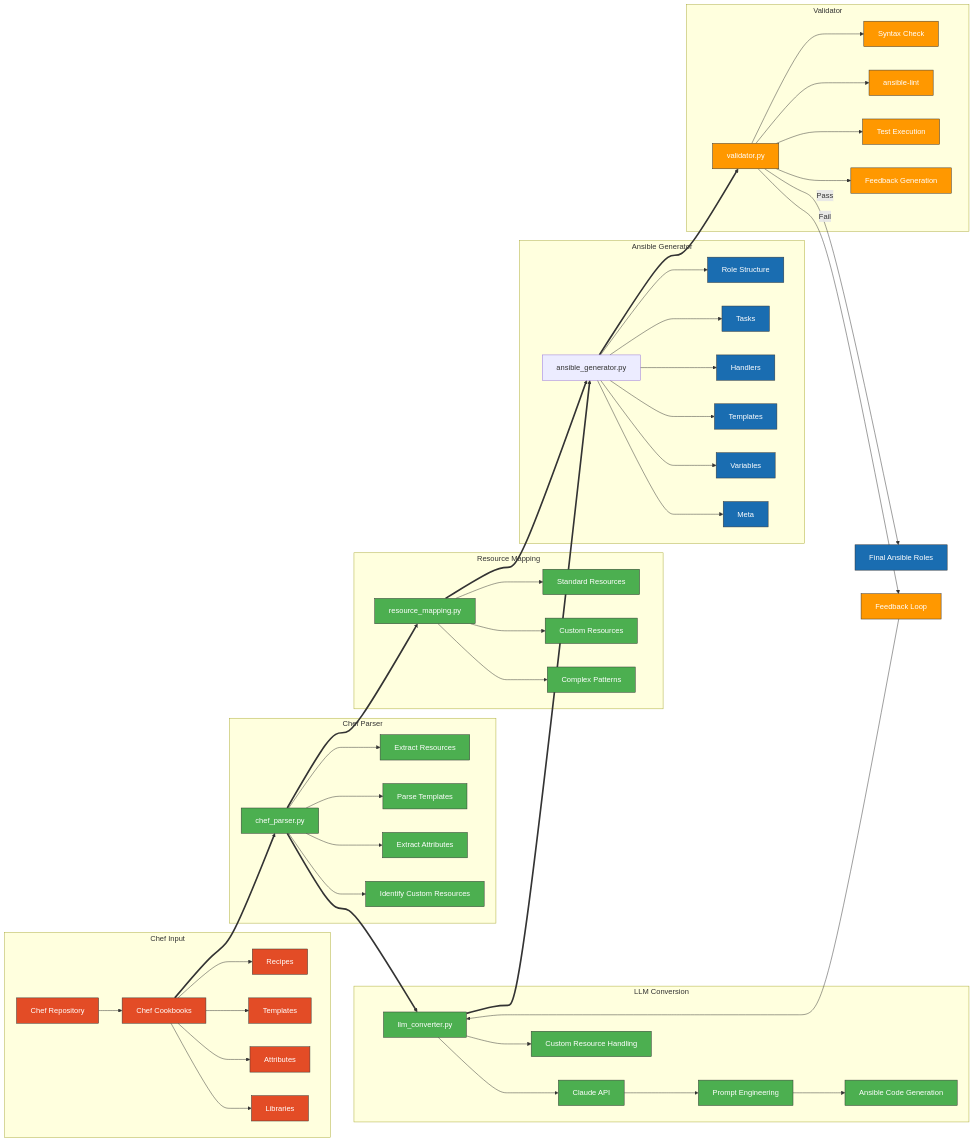
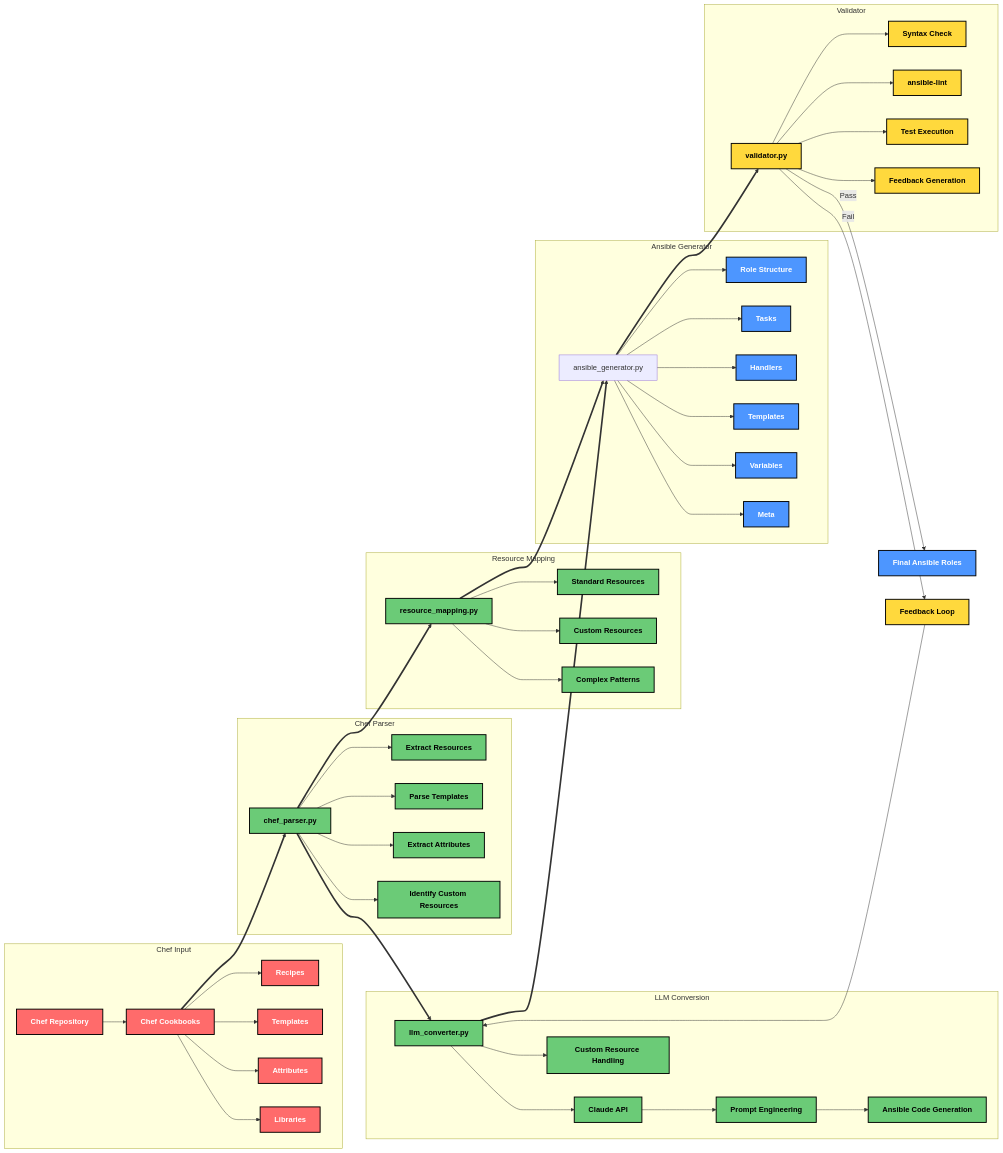
Before and after one commit to joelio/chef-to-ansible-converter: the first of 3 diagrams in README.md, drawn with Mermaid. The commit also changed other lines of this file, not shown here.

Commit message:
Improve Mermaid diagrams with high-contrast colors for better readability in both light and dark modes

````diff
--- a/README.md
+++ b/README.md
@@ -11,65 +11,66 @@
 ```mermaid
 flowchart LR
     subgraph "Input" [Chef Input]
         A[Chef Repository] --> B[Chef Cookbooks]
         B --> B1[Recipes]
         B --> B2[Templates]
         B --> B3[Attributes]
         B --> B4[Libraries]
     end
     
     subgraph "Parsing" [Chef Parser]
         C[chef_parser.py] --> C1[Extract Resources]
         C --> C2[Parse Templates]
         C --> C3[Extract Attributes]
         C --> C4[Identify Custom Resources]
     end
     
     subgraph "Conversion" [LLM Conversion]
         D[llm_converter.py] --> D1[Claude API]
         D1 --> D2[Prompt Engineering]
         D2 --> D3[Ansible Code Generation]
         D --> D4[Custom Resource Handling]
     end
     
     subgraph "Mapping" [Resource Mapping]
         G[resource_mapping.py] --> G1[Standard Resources]
         G --> G2[Custom Resources]
         G --> G3[Complex Patterns]
     end
     
     subgraph "Generation" [Ansible Generator]
         L[ansible_generator.py] --> L1[Role Structure]
         L --> L2[Tasks]
         L --> L3[Handlers]
         L --> L4[Templates]
         L --> L5[Variables]
         L --> L6[Meta]
     end
     
     subgraph "Validation" [Validator]
         N[validator.py] --> N1[Syntax Check]
         N --> N2[ansible-lint]
         N --> N3[Test Execution]
         N --> N4[Feedback Generation]
     end
     
     B ==> C
     C ==> D
     C ==> G
     D ==> L
     G ==> L
     L ==> N
     N -->|Pass| O[Final Ansible Roles]
     N -->|Fail| P[Feedback Loop] --> D
     
-    classDef chef fill:#e34c26,stroke:#333,stroke-width:1px,color:white
-    classDef ansible fill:#1A6DB1,stroke:#333,stroke-width:1px,color:white
-    classDef process fill:#4CAF50,stroke:#333,stroke-width:1px,color:white
-    classDef validator fill:#FF9800,stroke:#333,stroke-width:1px,color:white
+    %% High-contrast colors that work in both light and dark modes
+    classDef chef fill:#FF6B6B,stroke:#000,stroke-width:2px,color:#FFF,font-weight:bold
+    classDef ansible fill:#4D96FF,stroke:#000,stroke-width:2px,color:#FFF,font-weight:bold
+    classDef process fill:#6BCB77,stroke:#000,stroke-width:2px,color:#000,font-weight:bold
+    classDef validator fill:#FFD93D,stroke:#000,stroke-width:2px,color:#000,font-weight:bold
     
     class A,B,B1,B2,B3,B4 chef
     class L1,L2,L3,L4,L5,L6,O ansible
     class C,C1,C2,C3,C4,D,D1,D2,D3,D4,G,G1,G2,G3 process
     class N,N1,N2,N3,N4,P validator
 ```
````
